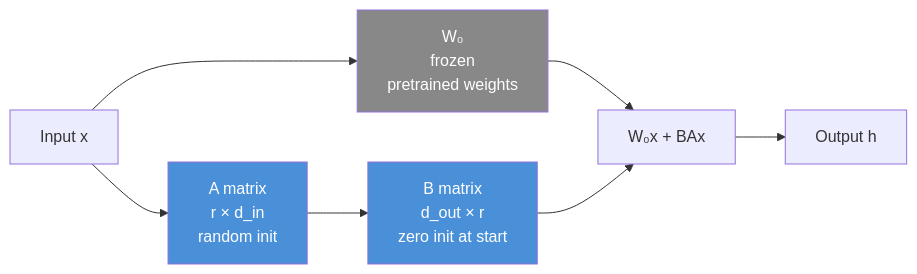
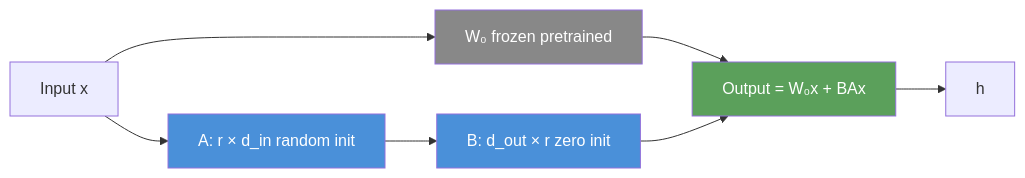
The first of 3 diagrams in front/public/blog/posts/field-notes/fine-tuning-gemma4-lora-qlora.md (JuanLara18/portfolio), drawn with Mermaid before and after one commit. The commit also changed other lines of this file and 1 other file, not shown here.

````diff
--- a/front/public/blog/posts/field-notes/fine-tuning-gemma4-lora-qlora.md
+++ b/front/public/blog/posts/field-notes/fine-tuning-gemma4-lora-qlora.md
@@ -87,12 +119,13 @@
 ```mermaid
 flowchart LR
-    X["Input x"] --> W0["W₀\nfrozen\npretrained weights"]
-    X --> A["A matrix\nr × d_in\nrandom init"]
-    A --> B["B matrix\nd_out × r\nzero init at start"]
-    W0 --> SUM["W₀x + BAx"]
+    X["Input x"] --> W0["W₀ frozen pretrained"]
+    X --> A["A: r × d_in random init"]
+    A --> B["B: d_out × r zero init"]
+    W0 --> SUM["Output = W₀x + BAx"]
     B --> SUM
-    SUM --> OUT["Output h"]
+    SUM --> OUT["h"]
     style W0 fill:#888,color:#fff
     style A fill:#4a90d9,color:#fff
     style B fill:#4a90d9,color:#fff
+    style SUM fill:#5ba05b,color:#fff
 ```
````
